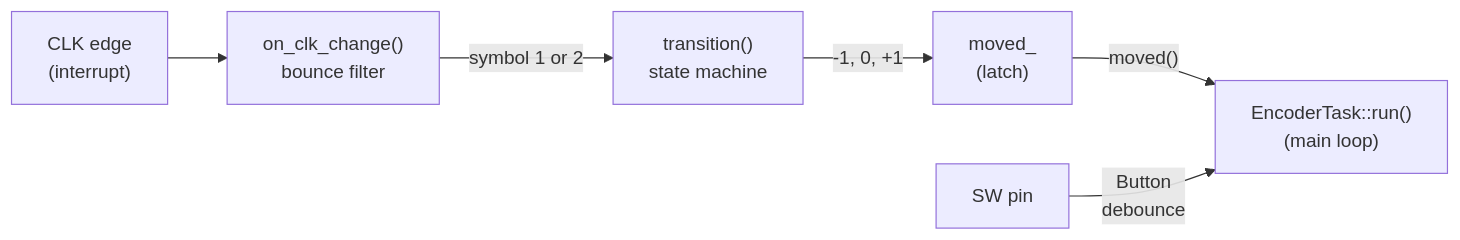
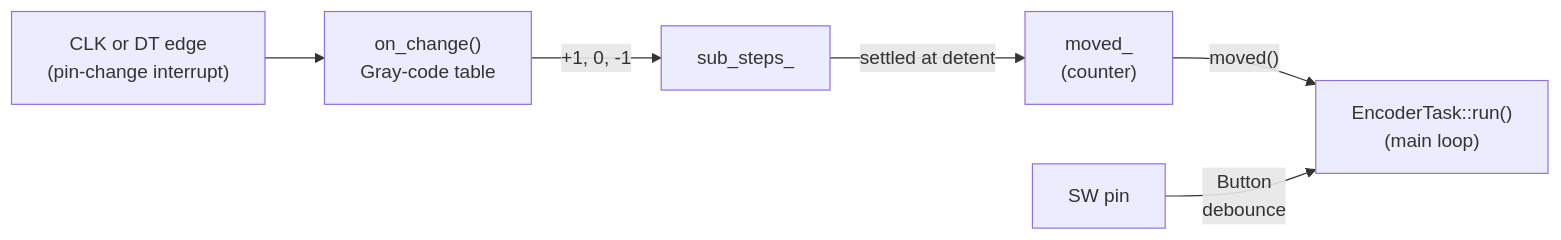
Before and after one commit to marc-bojarzin/fenderswitch: the diagram in docs/rotary_encoder.md, drawn with Mermaid. The commit also changed other lines of this file and 13 other files, not shown here.

````diff
--- a/docs/rotary_encoder.md
+++ b/docs/rotary_encoder.md
@@ -69,8 +66,8 @@
 ```mermaid
 flowchart LR
-    CLK["CLK edge<br>(interrupt)"] --> ISR["on_clk_change()<br>bounce filter"]
-    ISR -- "symbol 1 or 2" --> SM["transition()<br>state machine"]
-    SM -- "-1, 0, +1" --> M["moved_<br>(latch)"]
+    E["CLK or DT edge<br>(pin-change interrupt)"] --> ISR["on_change()<br>Gray-code table"]
+    ISR -- "+1, 0, -1" --> S["sub_steps_"]
+    S -- "settled at detent" --> M["moved_<br>(counter)"]
     M -- "moved()" --> T["EncoderTask::run()<br>(main loop)"]
     SW["SW pin"] -- "Button<br>debounce" --> T
 ```
````
